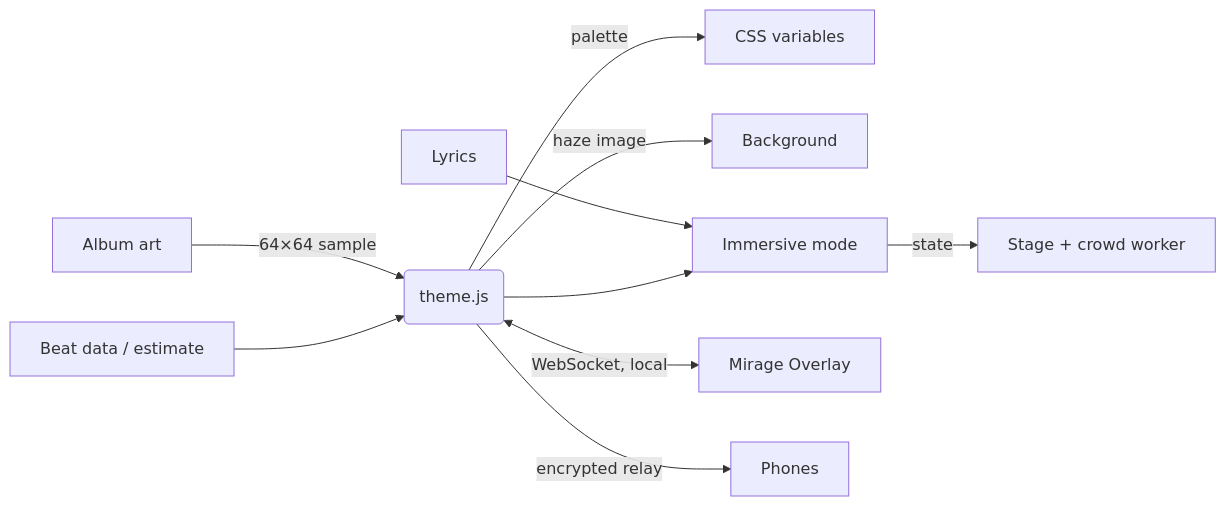
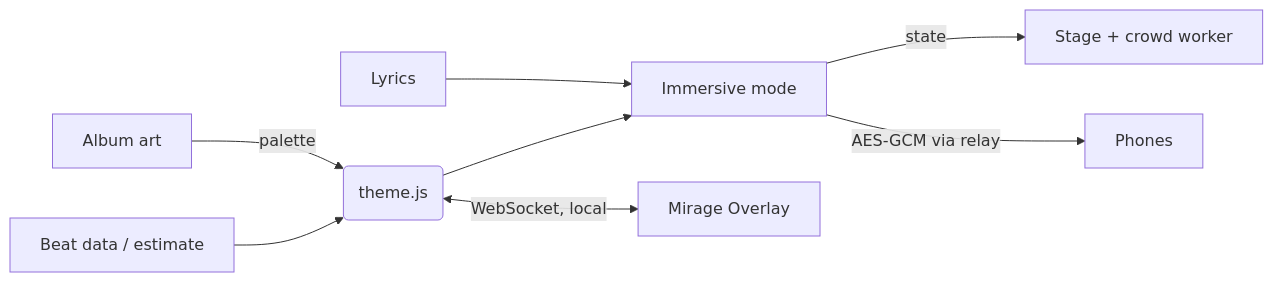
One commit to Passimoritz/spicetify-mirage changed the diagram in README.md. Above: the diagram before and after it, drawn with Mermaid. The commit also changed other lines of this file and 30 other files, not shown here.

````diff
--- a/README.md
+++ b/README.md
@@ -278,12 +322,10 @@
 ```mermaid
 flowchart LR
-  A[Album art] -->|64×64 sample| B(theme.js)
-  B -->|palette| C[CSS variables]
-  B -->|haze image| D[Background]
+  A[Album art] -->|palette| B(theme.js)
   E[Beat data / estimate] --> B
   F[Lyrics] --> G[Immersive mode]
   B --> G
   G -->|state| W[Stage + crowd worker]
   B <-->|WebSocket, local| H[Mirage Overlay]
-  B -->|encrypted relay| P[Phones]
+  G -->|AES-GCM via relay| P[Phones]
 ```
````
